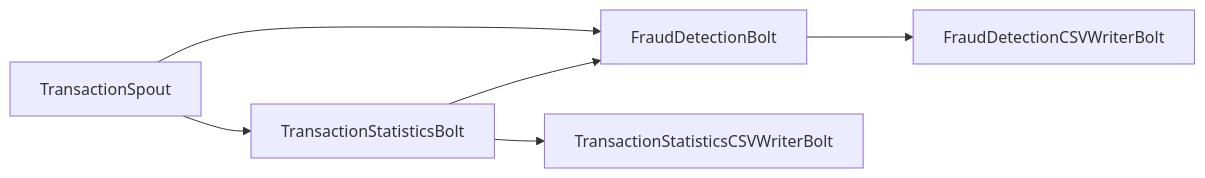
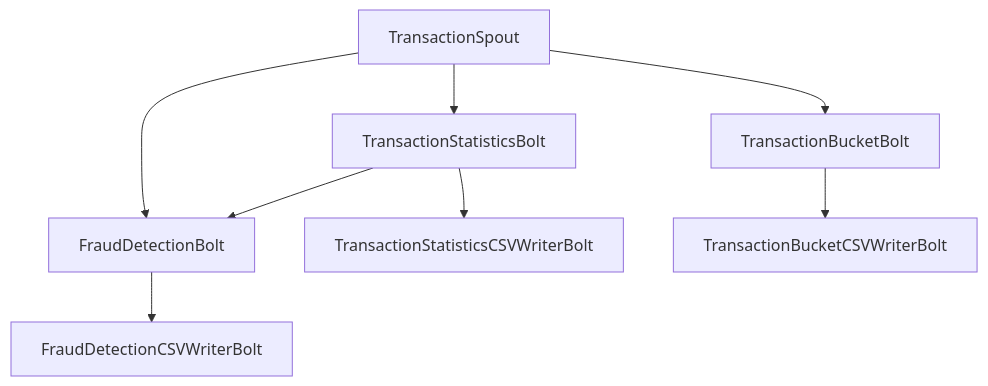
The diagram in README.md (Velnbur/apache-storm-example), drawn with Mermaid before and after one commit. The commit also changed 5 other files, not shown here.

````diff
--- a/README.md
+++ b/README.md
@@ -5,8 +5,10 @@
 ```mermaid
-graph LR
+graph TD
     A[TransactionSpout] --> B[TransactionStatisticsBolt]
     A --> C[FraudDetectionBolt]
+    A --> F[TransactionBucketBolt]
     B --> D[TransactionStatisticsCSVWriterBolt]
     B --> C
     C --> E[FraudDetectionCSVWriterBolt]
+    F --> G[TransactionBucketCSVWriterBolt]
 ```
````
